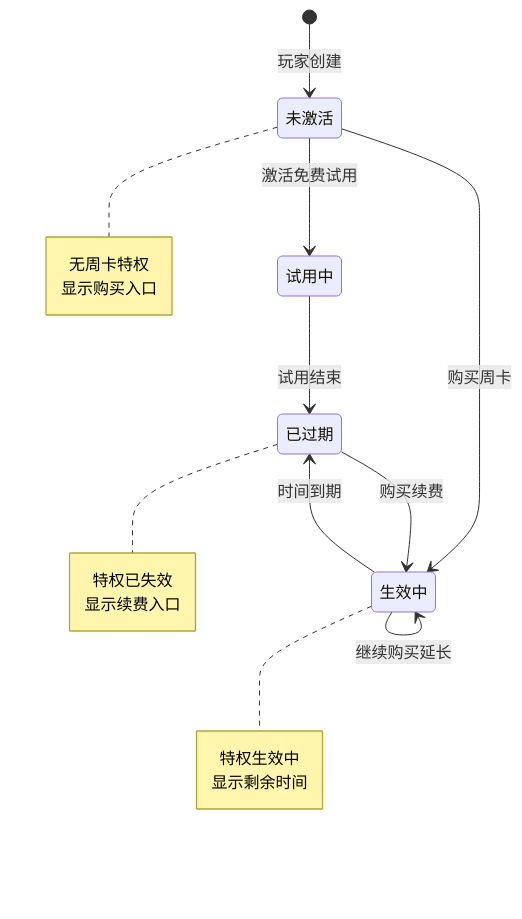
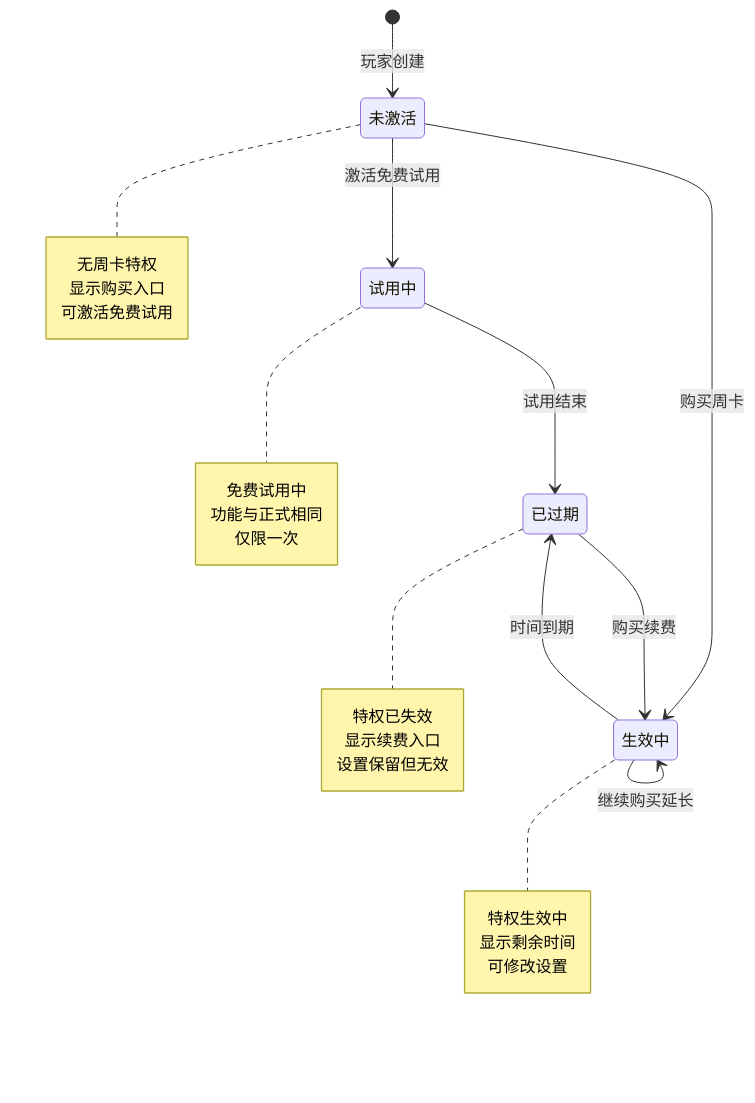
One commit to Alan-Ben/k2c_game_framework changed the first of 6 diagrams in docs/Module_WeekCard/06_实现细节.md. Above: the diagram before and after it, drawn with Mermaid. The commit also changed other lines of this file and 5 other files, not shown here.

````diff
--- a/docs/Module_WeekCard/06_实现细节.md
+++ b/docs/Module_WeekCard/06_实现细节.md
@@ -70,25 +76,34 @@
 ```mermaid
 stateDiagram-v2
     [*] --> 未激活: 玩家创建
     未激活 --> 试用中: 激活免费试用
     未激活 --> 生效中: 购买周卡
     试用中 --> 已过期: 试用结束
     生效中 --> 已过期: 时间到期
     已过期 --> 生效中: 购买续费
     生效中 --> 生效中: 继续购买延长
 
     note right of 未激活
         无周卡特权
         显示购买入口
+        可激活免费试用
     end note
 
     note right of 生效中
         特权生效中
         显示剩余时间
+        可修改设置
     end note
 
     note right of 已过期
         特权已失效
         显示续费入口
+        设置保留但无效
+    end note
+
+    note right of 试用中
+        免费试用中
+        功能与正式相同
+        仅限一次
     end note
 ```
````
